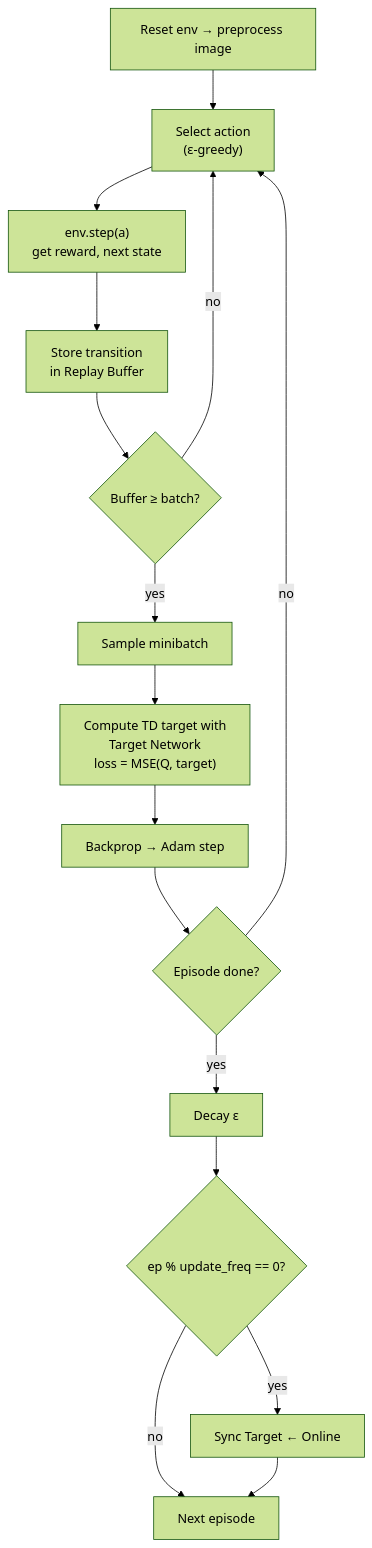
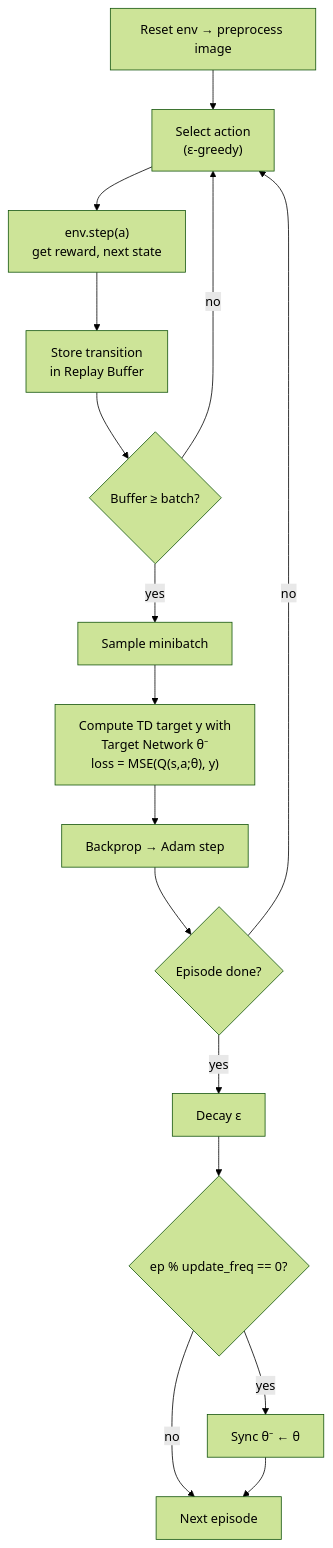
Before and after one commit to YunSeokChoi-Disney/2025_Optimization-Project: the third of 3 diagrams in docs/Project3.md, drawn with Mermaid (forest theme). The commit also changed other lines of this file, not shown here.

````diff
--- a/docs/Project3.md
+++ b/docs/Project3.md
@@ -104,18 +188,18 @@
 ```mermaid
 flowchart TD
     ST["Reset env → preprocess image"] --> SEL["Select action<br/>(ε-greedy)"]
     SEL --> STEP["env.step(a)<br/>get reward, next state"]
     STEP --> PUSH["Store transition<br/>in Replay Buffer"]
     PUSH --> SAMP{"Buffer ≥ batch?"}
     SAMP -- "no" --> SEL
     SAMP -- "yes" --> BATCH["Sample minibatch"]
-    BATCH --> LOSS["Compute TD target with<br/>Target Network<br/>loss = MSE(Q, target)"]
+    BATCH --> LOSS["Compute TD target y with<br/>Target Network θ⁻<br/>loss = MSE(Q(s,a;θ), y)"]
     LOSS --> OPT["Backprop → Adam step"]
     OPT --> DONE{"Episode done?"}
     DONE -- "no" --> SEL
     DONE -- "yes" --> DECAY["Decay ε"]
     DECAY --> SYNC{"ep % update_freq == 0?"}
-    SYNC -- "yes" --> COPY["Sync Target ← Online"]
+    SYNC -- "yes" --> COPY["Sync θ⁻ ← θ"]
     SYNC -- "no" --> NEXT["Next episode"]
     COPY --> NEXT
 ```
````
